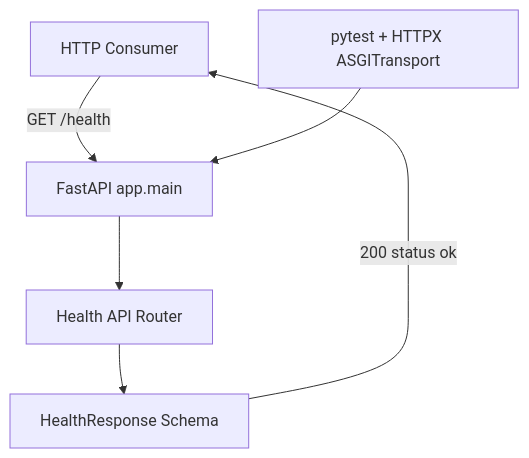
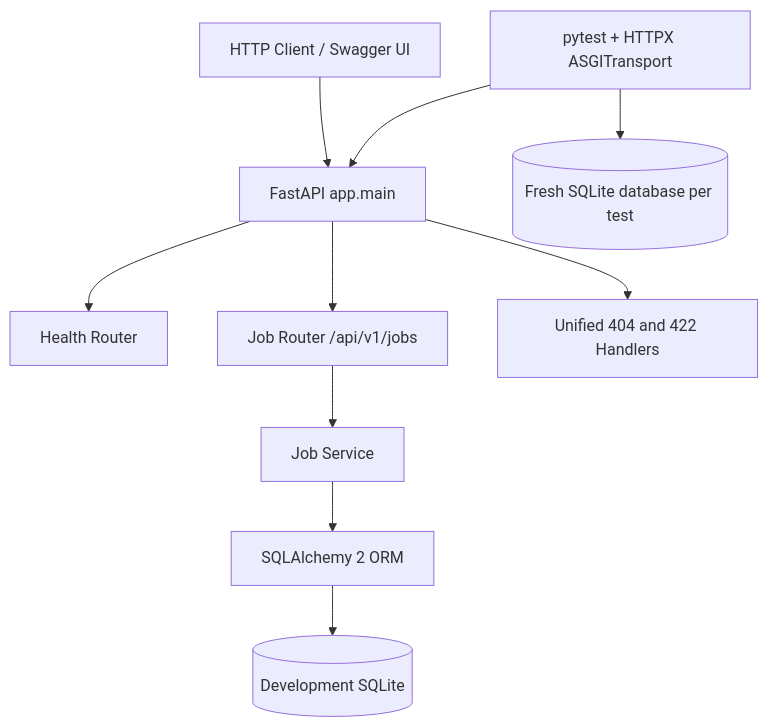
The diagram in docs/architecture/current-architecture.md (xuyang2005cs/career-assistant-platform), drawn with Mermaid before and after one commit. The commit also changed other lines of this file and 11 other files, not shown here.

Commit message:
docs: add database design and API evidence

````diff
--- a/docs/architecture/current-architecture.md
+++ b/docs/architecture/current-architecture.md
@@ -7,14 +7,22 @@
 ```mermaid
 flowchart TB
-    Consumer[HTTP Consumer]
+    Consumer[HTTP Client / Swagger UI]
     App[FastAPI app.main]
-    Router[Health API Router]
-    Contract[HealthResponse Schema]
+    Health[Health Router]
+    Jobs[Job Router /api/v1/jobs]
+    Errors[Unified 404 and 422 Handlers]
+    Service[Job Service]
+    ORM[SQLAlchemy 2 ORM]
+    DevDB[(Development SQLite)]
 
-    Consumer -->|GET /health| App
-    App --> Router
-    Router --> Contract
-    Contract -->|200 status ok| Consumer
+    Consumer --> App
+    App --> Health
+    App --> Jobs
+    App --> Errors
+    Jobs --> Service
+    Service --> ORM
+    ORM --> DevDB
 
-    Test[pytest + HTTPX ASGITransport] --> App
+    Tests[pytest + HTTPX ASGITransport] --> App
+    Tests --> TestDB[(Fresh SQLite database per test)]
 ```
````
